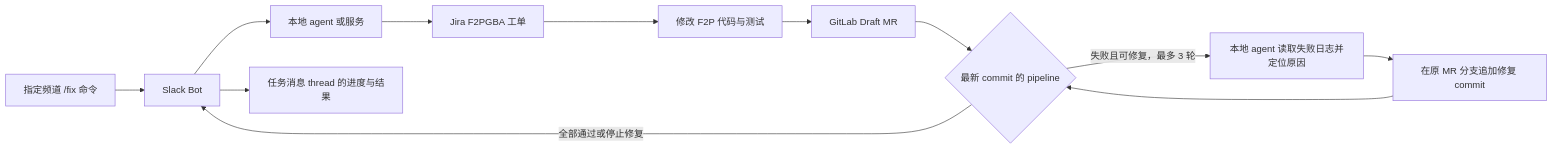
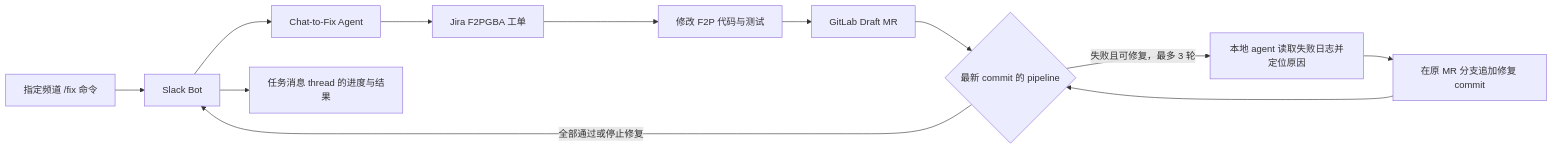
The diagram in plans/chat-to-fix-agent.md (whhe-coder/Chat-to-Fix-Agent), drawn with Mermaid before and after one commit. The commit also changed other lines of this file and 17 other files, not shown here.

````diff
--- a/plans/chat-to-fix-agent.md
+++ b/plans/chat-to-fix-agent.md
@@ -9,14 +9,14 @@
 ```mermaid
 flowchart LR
     U[指定频道 /fix 命令] --> B[Slack Bot]
-    B --> R[本地 agent 或服务]
+    B --> R[Chat-to-Fix Agent]
     R --> J[Jira F2PGBA 工单]
     J --> K[修改 F2P 代码与测试]
     K --> G[GitLab Draft MR]
     G --> C{最新 commit 的 pipeline}
     C -->|失败且可修复，最多 3 轮| L[本地 agent 读取失败日志并定位原因]
     L --> F[在原 MR 分支追加修复 commit]
     F --> C
     C -->|全部通过或停止修复| B
     B --> T[任务消息 thread 的进度与结果]
 ```
````
